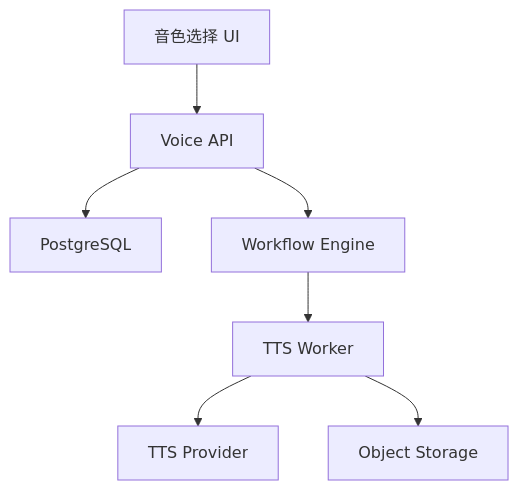
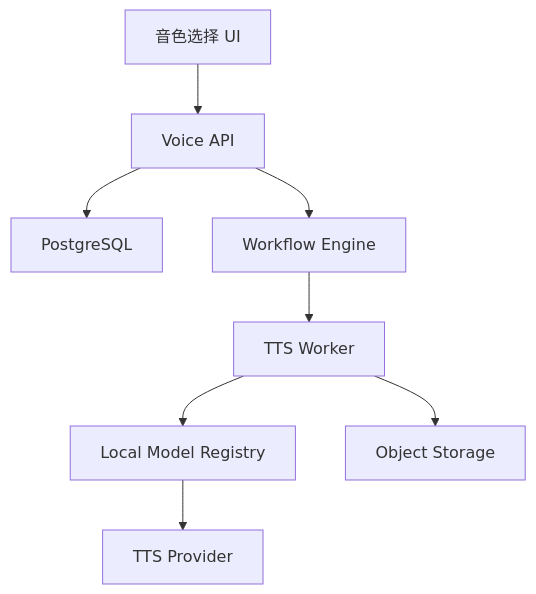
Before and after one commit to liwei333/VoFlow_platform: the diagram in .kiro/specs/voflow-tts/design.md, drawn with Mermaid. The commit also changed other lines of this file and 37 other files, not shown here.

````diff
--- a/.kiro/specs/voflow-tts/design.md
+++ b/.kiro/specs/voflow-tts/design.md
@@ -9,9 +9,10 @@
 ```mermaid
 flowchart TB
     UI["音色选择 UI"] --> API["Voice API"]
     API --> DB["PostgreSQL"]
     API --> Workflow["Workflow Engine"]
     Workflow --> TTSWorker["TTS Worker"]
-    TTSWorker --> Provider["TTS Provider"]
+    TTSWorker --> Registry["Local Model Registry"]
+    Registry --> Provider["TTS Provider"]
     TTSWorker --> Storage["Object Storage"]
 ```
````
